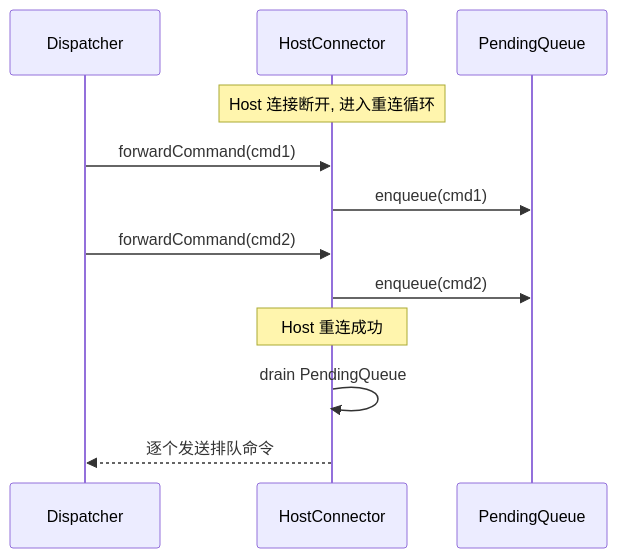
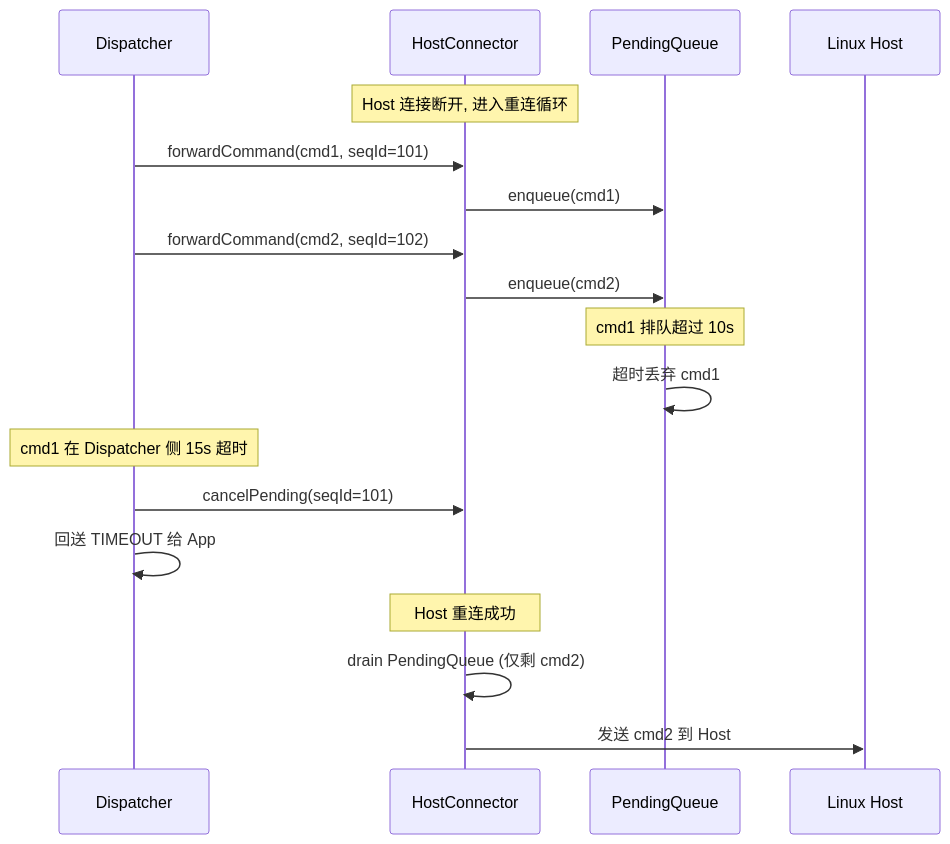
Before and after one commit to Ethen-Cao/ethenslab: the eighth of 13 diagrams in content/others/polarisd软件架构设计.md, drawn with Mermaid. The commit also changed other lines of this file, not shown here.

````diff
--- a/content/others/polarisd软件架构设计.md
+++ b/content/others/polarisd软件架构设计.md
@@ -543,17 +564,24 @@
 ```mermaid
 sequenceDiagram
     participant D as Dispatcher
     participant HC as HostConnector
     participant PQ as PendingQueue
-
+    participant H as Linux Host
     Note over HC: Host 连接断开, 进入重连循环
 
-    D->>HC: forwardCommand(cmd1)
+    D->>HC: forwardCommand(cmd1, seqId=101)
     HC->>PQ: enqueue(cmd1)
-    D->>HC: forwardCommand(cmd2)
+    D->>HC: forwardCommand(cmd2, seqId=102)
     HC->>PQ: enqueue(cmd2)
 
+    Note over PQ: cmd1 排队超过 10s
+    PQ->>PQ: 超时丢弃 cmd1
+
+    Note over D: cmd1 在 Dispatcher 侧 15s 超时
+    D->>HC: cancelPending(seqId=101)
+    D->>D: 回送 TIMEOUT 给 App
+
     Note over HC: Host 重连成功
-    HC->>HC: drain PendingQueue
-    HC-->>D: 逐个发送排队命令
+    HC->>HC: drain PendingQueue (仅剩 cmd2)
+    HC->>H: 发送 cmd2 到 Host
 ```
````
